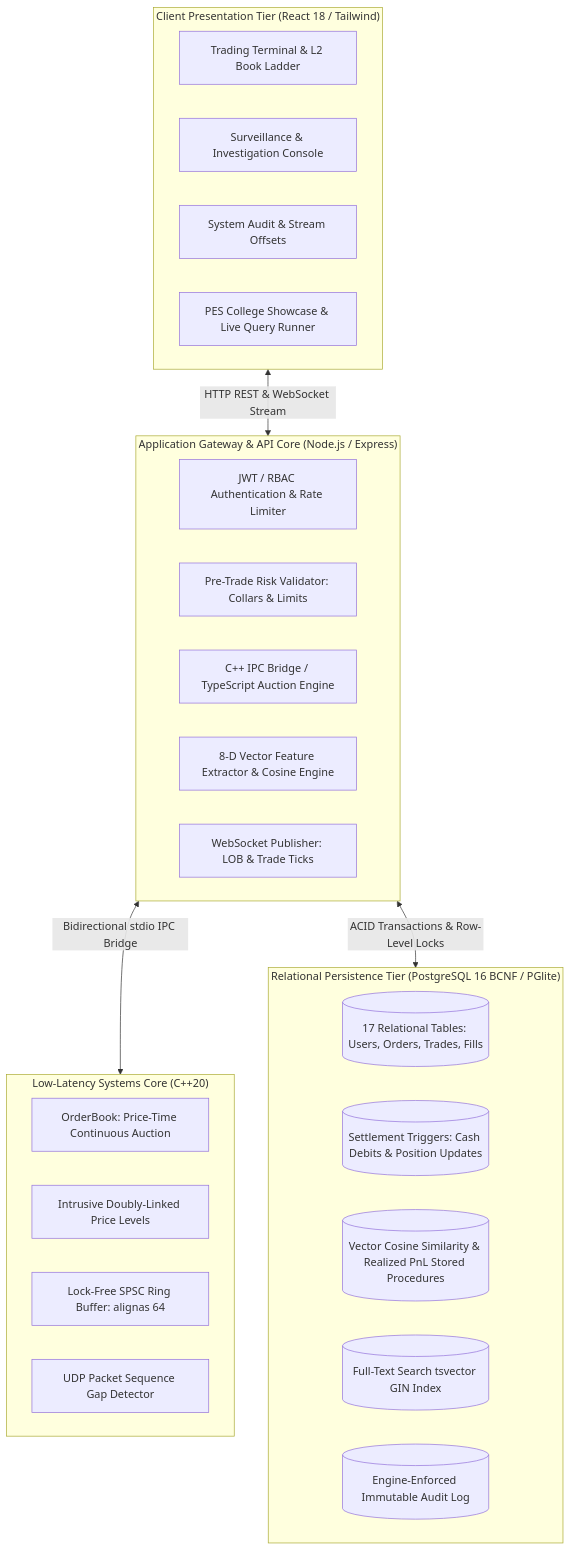
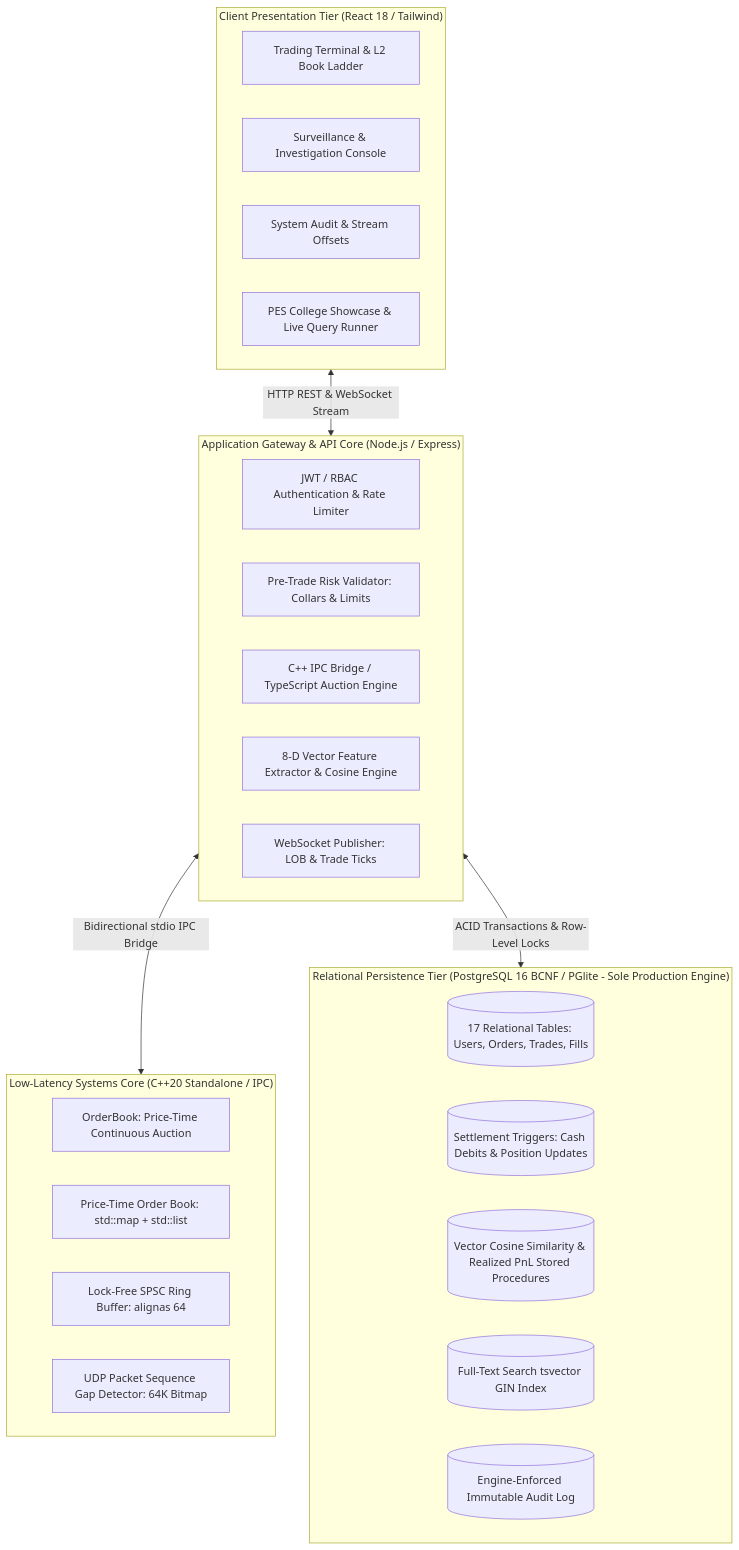
One commit to PrasannaMarihalkar/Meridian-Trading-Surveillance changed the diagram in README.md. Above: the diagram before and after it, drawn with Mermaid. The commit also changed other lines of this file and 23 other files, not shown here.

Commit message:
feat(core): complete Stage 2 implementation - IOC lifecycle, client idempotency, bounded gap detector, and IPC bridge hardening

````diff
--- a/README.md
+++ b/README.md
@@ -35,36 +37,36 @@
 ```mermaid
 flowchart TD
     subgraph UI ["Client Presentation Tier (React 18 / Tailwind)"]
         A1[Trading Terminal & L2 Book Ladder]
         A2[Surveillance & Investigation Console]
         A3[System Audit & Stream Offsets]
         A4[PES College Showcase & Live Query Runner]
     end
 
     subgraph GW ["Application Gateway & API Core (Node.js / Express)"]
         B1[JWT / RBAC Authentication & Rate Limiter]
         B2[Pre-Trade Risk Validator: Collars & Limits]
         B3[C++ IPC Bridge / TypeScript Auction Engine]
         B4[8-D Vector Feature Extractor & Cosine Engine]
         B5[WebSocket Publisher: LOB & Trade Ticks]
     end
 
-    subgraph ENG ["Low-Latency Systems Core (C++20)"]
+    subgraph ENG ["Low-Latency Systems Core (C++20 Standalone / IPC)"]
         C1[OrderBook: Price-Time Continuous Auction]
-        C2[Intrusive Doubly-Linked Price Levels]
+        C2[Price-Time Order Book: std::map + std::list]
         C3[Lock-Free SPSC Ring Buffer: alignas 64]
-        C4[UDP Packet Sequence Gap Detector]
+        C4[UDP Packet Sequence Gap Detector: 64K Bitmap]
     end
 
-    subgraph DB ["Relational Persistence Tier (PostgreSQL 16 BCNF / PGlite)"]
+    subgraph DB ["Relational Persistence Tier (PostgreSQL 16 BCNF / PGlite - Sole Production Engine)"]
         D1[(17 Relational Tables: Users, Orders, Trades, Fills)]
         D2[(Settlement Triggers: Cash Debits & Position Updates)]
         D3[(Vector Cosine Similarity & Realized PnL Stored Procedures)]
         D4[(Full-Text Search tsvector GIN Index)]
         D5[(Engine-Enforced Immutable Audit Log)]
     end
 
     UI <-->|HTTP REST & WebSocket Stream| GW
     GW <-->|Bidirectional stdio IPC Bridge| ENG
     GW <-->|ACID Transactions & Row-Level Locks| DB
 ```
````
